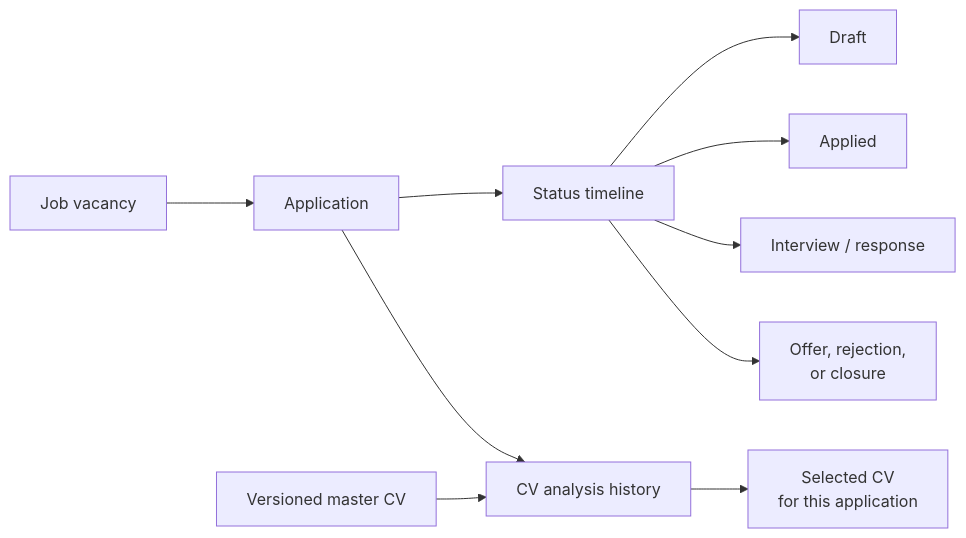
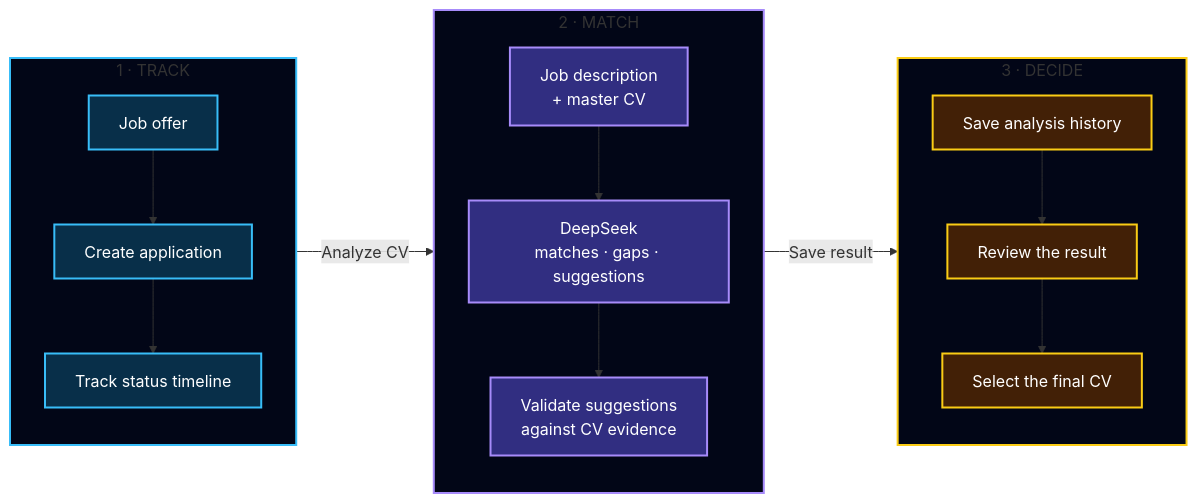
The first of 2 diagrams in README.md (enriquevido/DevCareer), drawn with Mermaid before and after one commit. The commit also changed other lines of this file and 1 other file, not shown here.

Commit message:
docs(readme): simplify product and architecture overview

````diff
--- a/README.md
+++ b/README.md
@@ -26,13 +24,41 @@
 ```mermaid
 flowchart LR
-    Vacancy["Job vacancy"] --> Application["Application"]
-    Application --> Timeline["Status timeline"]
-    Timeline --> Draft["Draft"]
-    Timeline --> Applied["Applied"]
-    Timeline --> Interview["Interview / response"]
-    Timeline --> Outcome["Offer, rejection,<br/>or closure"]
+    subgraph Track["1 · TRACK"]
+        direction TB
+        Job["Job offer"]
+        Application["Create application"]
+        Timeline["Track status timeline"]
+        Job --> Application --> Timeline
+    end
 
-    Master["Versioned master CV"] --> Analyses["CV analysis history"]
-    Application --> Analyses
-    Analyses --> Selected["Selected CV<br/>for this application"]
+    subgraph Match["2 · MATCH"]
+        direction TB
+        Context["Job description<br/>+ master CV"]
+        Suggestions["DeepSeek<br/>matches · gaps · suggestions"]
+        Checks["Validate suggestions<br/>against CV evidence"]
+        Context --> Suggestions --> Checks
+    end
+
+    subgraph Decide["3 · DECIDE"]
+        direction TB
+        History["Save analysis history"]
+        Review["Review the result"]
+        Selected["Select the final CV"]
+        History --> Review --> Selected
+    end
+
+    Track -->|"Analyze CV"| Match
+    Match -->|"Save result"| Decide
+
+    classDef track fill:#082f49,stroke:#38bdf8,color:#ffffff,stroke-width:2px;
+    classDef match fill:#312e81,stroke:#a78bfa,color:#ffffff,stroke-width:2px;
+    classDef decide fill:#422006,stroke:#facc15,color:#ffffff,stroke-width:2px;
+
+    class Job,Application,Timeline track;
+    class Context,Suggestions,Checks match;
+    class History,Review,Selected decide;
+
+    style Track fill:#020617,stroke:#38bdf8,stroke-width:2px;
+    style Match fill:#020617,stroke:#a78bfa,stroke-width:2px;
+    style Decide fill:#020617,stroke:#facc15,stroke-width:2px;
 ```
````
